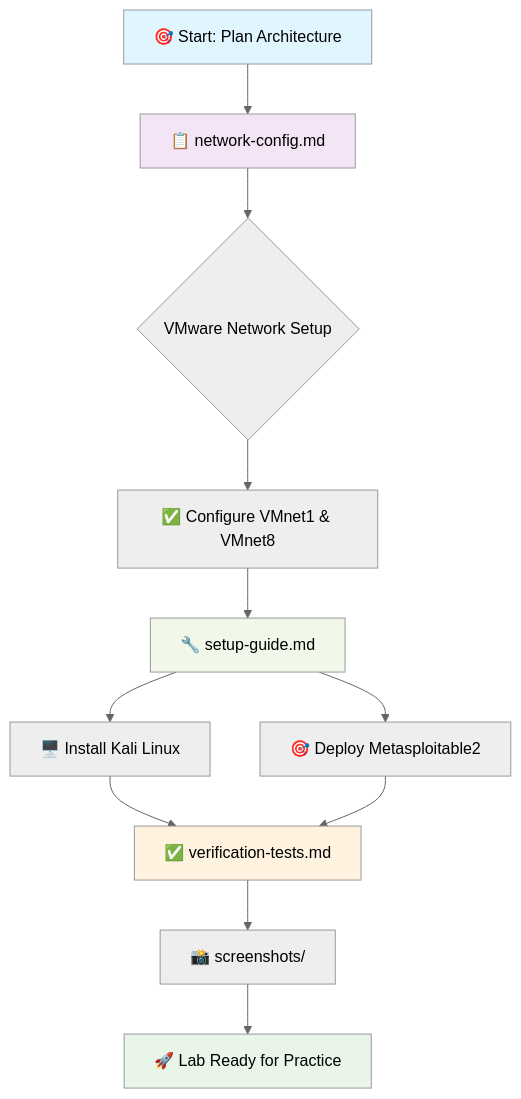
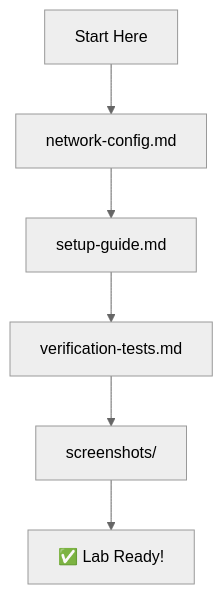
The diagram in 00-home-lab/offensive-lab/README.md (d3spawn/netrunner), drawn with Mermaid (neutral theme) before and after one commit. The commit also changed other lines of this file, not shown here.

````diff
--- a/00-home-lab/offensive-lab/README.md
+++ b/00-home-lab/offensive-lab/README.md
@@ -44,19 +74,8 @@
 ```mermaid
 graph TD
-    A[🎯 Start: Plan Architecture] --> B[📋 network-config.md]
-    B --> C{VMware Network Setup}
-    C --> D[✅ Configure VMnet1 & VMnet8]
-    D --> E[🔧 setup-guide.md]
-    E --> F[🖥️ Install Kali Linux]
-    E --> G[🎯 Deploy Metasploitable2]
-    F --> H[✅ verification-tests.md]
-    G --> H
-    H --> I[📸 screenshots/]
-    I --> J[🚀 Lab Ready for Practice]
-    
-    style A fill:#e1f5fe
-    style B fill:#f3e5f5
-    style E fill:#f1f8e9
-    style H fill:#fff3e0
-    style J fill:#e8f5e8
+    A[Start Here] --> B[network-config.md]
+    B --> C[setup-guide.md]
+    C --> D[verification-tests.md]
+    D --> E[screenshots/]
+    E --> F[✅ Lab Ready!]
 ```
````
